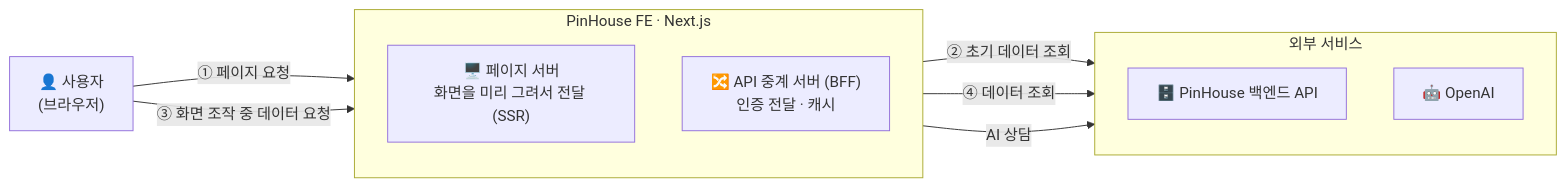
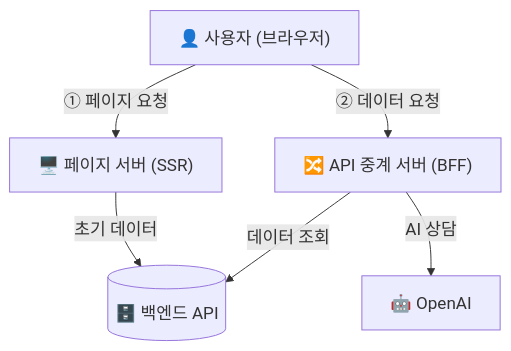
Before and after one commit to kyungchan3007/PinHouse_FE: the first of 8 diagrams in README.md, drawn with Mermaid. The commit also changed other lines of this file, not shown here.

First line of the commit message:
2026-09-14 docs: README 다이어그램 가독성 개선

````diff
--- a/README.md
+++ b/README.md
@@ -92,22 +92,15 @@
 ```mermaid
-flowchart LR
-    U["👤 사용자<br/>(브라우저)"]
+%%{init: {'themeVariables': {'fontSize': '18px'}}}%%
+flowchart TB
+    U["👤 사용자 (브라우저)"]
+    PAGE["🖥️ 페이지 서버 (SSR)"]
+    BFF["🔀 API 중계 서버 (BFF)"]
+    API[("🗄️ 백엔드 API")]
+    GPT["🤖 OpenAI"]
 
-    subgraph FE["PinHouse FE · Next.js"]
-        direction TB
-        PAGE["🖥️ 페이지 서버<br/>화면을 미리 그려서 전달 (SSR)"]
-        BFF["🔀 API 중계 서버 (BFF)<br/>인증 전달 · 캐시"]
-    end
-
-    subgraph EXT["외부 서비스"]
-        direction TB
-        API["🗄️ PinHouse 백엔드 API"]
-        GPT["🤖 OpenAI"]
-    end
-
-    U -->|① 페이지 요청| PAGE
-    PAGE -->|② 초기 데이터 조회| API
-    U -->|③ 화면 조작 중 데이터 요청| BFF
-    BFF -->|④ 데이터 조회| API
-    BFF -->|AI 상담| GPT
+    U -->|"① 페이지 요청"| PAGE
+    U -->|"② 데이터 요청"| BFF
+    PAGE -->|"초기 데이터"| API
+    BFF -->|"데이터 조회"| API
+    BFF -->|"AI 상담"| GPT
 ```
````
